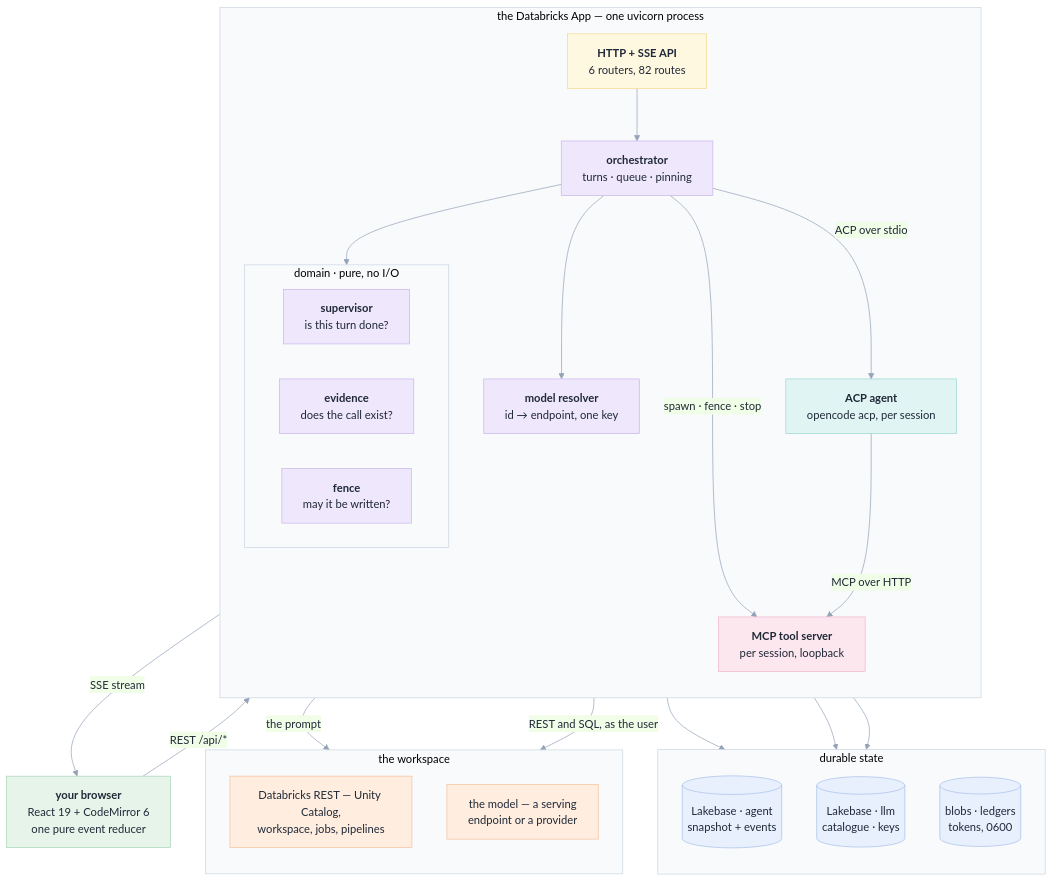
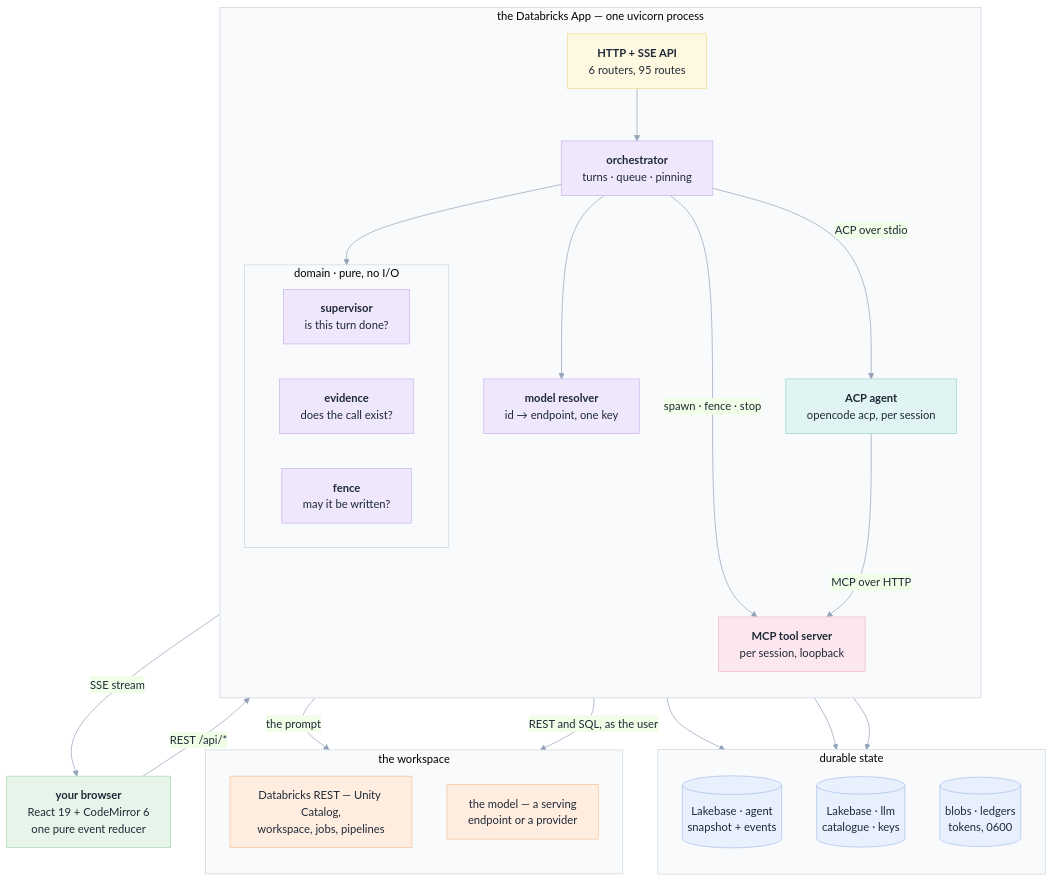
One commit to raphaelmansuy/edgegenie changed the second of 13 diagrams in docs/08-architecture.md. Above: the diagram before and after it, drawn with Mermaid. The commit also changed other lines of this file and 5 other files, not shown here.

````diff
--- a/docs/08-architecture.md
+++ b/docs/08-architecture.md
@@ -77,55 +77,55 @@
 ```mermaid
 %%{init: {'theme':'base','themeVariables':{'primaryColor':'#E8F0FE','primaryTextColor':'#1F2937','primaryBorderColor':'#A8C0E8','lineColor':'#94A3B8','clusterBkg':'#F8FAFC','clusterBorder':'#CBD5E1'}}}%%
 flowchart TB
     FE["<b>your browser</b><br/>React 19 + CodeMirror 6<br/>one pure event reducer"]:::green
 
     subgraph C["the Databricks App — one uvicorn process"]
         direction TB
-        API["<b>HTTP + SSE API</b><br/>6 routers, 82 routes"]:::yellow
+        API["<b>HTTP + SSE API</b><br/>6 routers, 95 routes"]:::yellow
         subgraph PURE["domain · pure, no I/O"]
             direction LR
             SUP["<b>supervisor</b><br/>is this turn done?"]:::purple
             EVD["<b>evidence</b><br/>does the call exist?"]:::purple
             SCP["<b>fence</b><br/>may it be written?"]:::purple
         end
         ORCH["<b>orchestrator</b><br/>turns · queue · pinning"]:::purple
         RES["<b>model resolver</b><br/>id → endpoint, one key"]:::purple
         AGENT["<b>ACP agent</b><br/>opencode acp, per session"]:::teal
         TOOLS["<b>MCP tool server</b><br/>per session, loopback"]:::pink
     end
 
     subgraph D["durable state"]
         direction TB
         JRN[("Lakebase · agent<br/>snapshot + events")]:::blue
         REG[("Lakebase · llm<br/>catalogue · keys")]:::blue
         FS[("blobs · ledgers<br/>tokens, 0600")]:::blue
     end
 
     subgraph W["the workspace"]
         direction TB
         DBX["Databricks REST — Unity Catalog,<br/>workspace, jobs, pipelines"]:::orange
         MDL["the model — a serving<br/>endpoint or a provider"]:::orange
     end
 
     FE -->|"REST /api/*"| API
     API -->|"SSE stream"| FE
     API --> ORCH
     ORCH --> PURE
     ORCH --> RES
     ORCH -->|"ACP over stdio"| AGENT
     ORCH -->|"spawn · fence · stop"| TOOLS
     AGENT -->|"MCP over HTTP"| TOOLS
     AGENT -->|"the prompt"| MDL
     TOOLS -->|"REST and SQL, as the user"| DBX
     ORCH --> JRN
     RES --> REG
     API --> FS
 
     classDef green fill:#E6F4EA,stroke:#A8D5B5,color:#1F2937
     classDef yellow fill:#FFF8E1,stroke:#F2D98D,color:#1F2937
     classDef purple fill:#EFE7FB,stroke:#C9B6EC,color:#1F2937
     classDef teal fill:#E0F5F3,stroke:#9AD5CE,color:#1F2937
     classDef pink fill:#FDE7EF,stroke:#F2B5CB,color:#1F2937
     classDef blue fill:#E8F0FE,stroke:#A8C0E8,color:#1F2937
     classDef orange fill:#FFEDE0,stroke:#F5C29C,color:#1F2937
 ```
````
